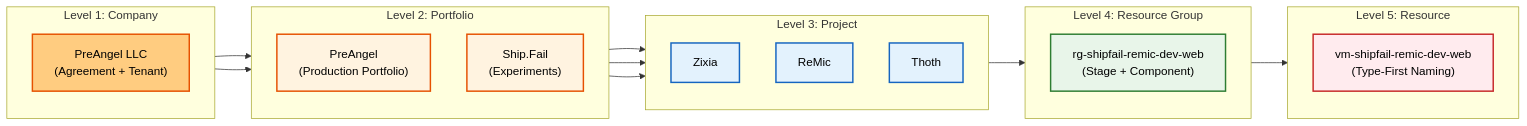
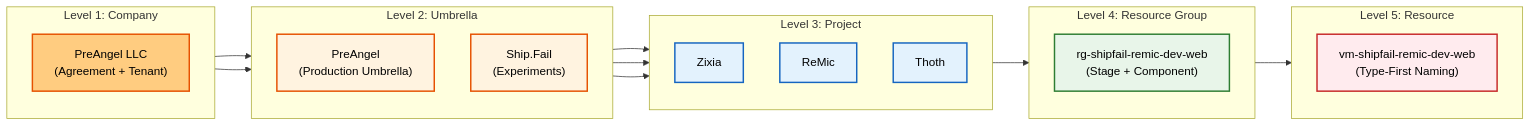
The diagram in jekyll/_posts/2025-11-29-vibe-coding-cloud-protocol.md (wechaty/jekyll), drawn with Mermaid before and after one commit. The commit also changed other lines of this file, not shown here.

Commit message:
docs: rename Portfolio to Umbrella in cloud protocol

````diff
--- a/jekyll/_posts/2025-11-29-vibe-coding-cloud-protocol.md
+++ b/jekyll/_posts/2025-11-29-vibe-coding-cloud-protocol.md
@@ -60,46 +58,46 @@
 ```mermaid
 graph LR
     %% Styling
     classDef l1 fill:#ffcc80,stroke:#e65100,stroke-width:2px,color:black
     classDef l2 fill:#fff3e0,stroke:#e65100,stroke-width:2px,color:black
     classDef l3 fill:#e3f2fd,stroke:#1565c0,stroke-width:2px,color:black
     classDef l4 fill:#e8f5e9,stroke:#2e7d32,stroke-width:2px,color:black
     classDef l5 fill:#ffebee,stroke:#c62828,stroke-width:2px,color:black
 
     subgraph Level1 ["Level 1: Company"]
         direction TB
         Root["PreAngel LLC<br/>(Agreement + Tenant)"]:::l1
     end
 
-    subgraph Level2 ["Level 2: Portfolio"]
+    subgraph Level2 ["Level 2: Umbrella"]
         direction TB
-        Umb1["PreAngel<br/>(Production Portfolio)"]:::l2
+        Umb1["PreAngel<br/>(Production Umbrella)"]:::l2
         Umb2["Ship.Fail<br/>(Experiments)"]:::l2
     end
 
     subgraph Level3 ["Level 3: Project"]
         direction TB
         Prj1["Zixia"]:::l3
         Prj2["ReMic"]:::l3
         Prj3["Thoth"]:::l3
     end
 
     subgraph Level4 ["Level 4: Resource Group"]
         direction TB
         RG["rg-shipfail-remic-dev-web<br/>(Stage + Component)"]:::l4
     end
 
     subgraph Level5 ["Level 5: Resource"]
         direction TB
         Res["vm-shipfail-remic-dev-web<br/>(Type-First Naming)"]:::l5
     end
 
     %% Connections
     Root --> Umb1 & Umb2
     Umb1 --> Prj1
     Umb2 --> Prj2 & Prj3
     
     %% Focus on one path to keep it readable
     Prj2 --> RG
     RG --> Res
 ```
````
